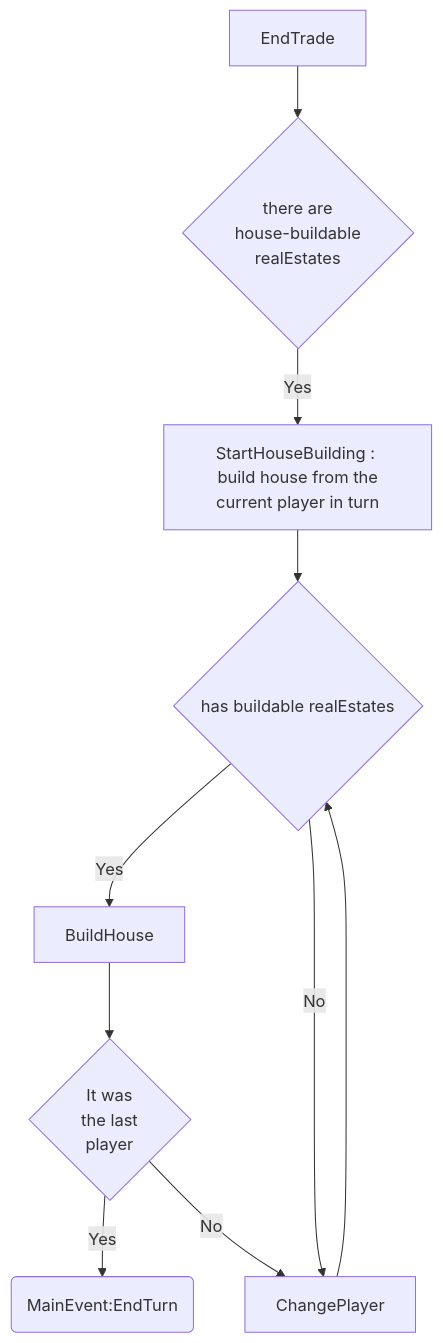
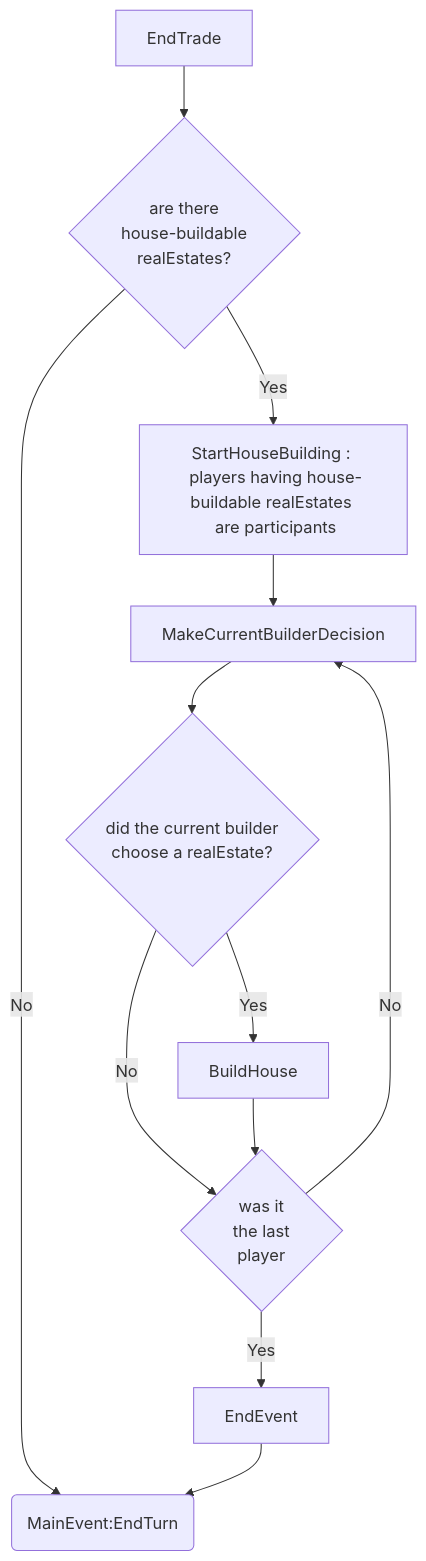
Before and after one commit to crimson206/MonopolyWithCSharp: the diagram in UML/HouseBuildingEventFlowChart.md, drawn with Mermaid.

Commit message:
UML : Updated HouseBuildEvent flowchart

````diff
--- a/UML/HouseBuildingEventFlowChart.md
+++ b/UML/HouseBuildingEventFlowChart.md
@@ -1,20 +1,25 @@
 ```mermaid
 flowchart TB
-    A[EndTrade] --> B{there are \n house-buildable \n realEstates}
+    A[EndTrade] --> B{are there \n house-buildable \n realEstates?}
 
-    B -- Yes --> C[StartHouseBuilding : \n build house from the current player in turn]
+    B -- Yes --> C[StartHouseBuilding : \n players having house-buildable realEstates \n are participants]
 
-    C --> D{has buildable realEstates}
+    B -- No --> H
 
-    D -- Yes --> E[BuildHouse]
+    C--> J[MakeCurrentBuilderDecision]
 
-    E --> G{It was \n the last \n player}
+    J --> I{did the current builder \n choose a realEstate? }
 
-    D -- No --> F[ChangePlayer]
+    I -- Yes --> E[BuildHouse]
 
-    G -- Yes --> H(MainEvent:EndTurn)
+    I -- No --> G
 
-    G -- No --> F
+    E --> G{was it \n the last \n player}
 
-    F --> D
+    G -- Yes --> K
+
+    K[EndEvent] --> H(MainEvent:EndTurn)
+
+    G -- No --> J
+
 ```
````
